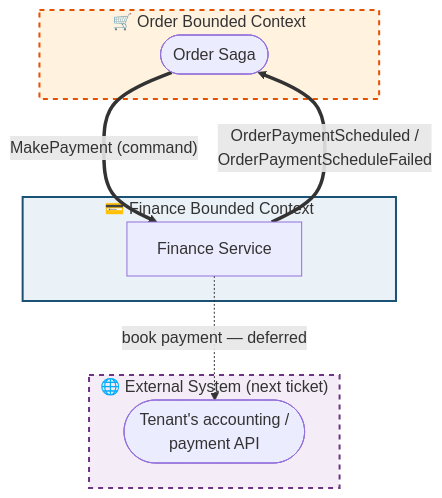
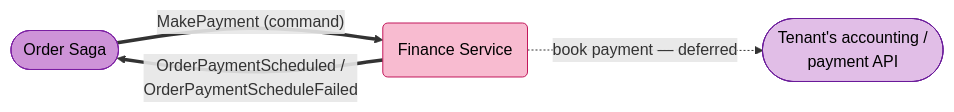
One commit to mnnam1302/EShop changed the first of 13 diagrams in Finance/src/EShop.Finance.API/README.md. Above: the diagram before and after it, drawn with Mermaid. The commit also changed other lines of this file and 4 other files, not shown here.

````diff
--- a/Finance/src/EShop.Finance.API/README.md
+++ b/Finance/src/EShop.Finance.API/README.md
@@ -15,20 +14,14 @@
 ```mermaid
-graph TB
-    subgraph OrderBC["🛒 Order Bounded Context"]
-        ORD(["Order Saga"])
-    end
-    subgraph FinanceBC["💳 Finance Bounded Context"]
-        FIN["Finance Service"]
-    end
-    subgraph External["🌐 External System (next ticket)"]
-        EXT(["Tenant's accounting /<br/>payment API"])
-    end
+graph LR
+    classDef pm   fill:#ce93d8,stroke:#7b1fa2,color:#000
+    classDef agg  fill:#f8bbd0,stroke:#c2185b,color:#000
+    classDef ext  fill:#e1bee7,stroke:#6a1b9a,color:#000
+
+    ORD([Order Saga]):::pm
+    FIN(Finance Service):::agg
+    EXT([Tenant's accounting /<br/>payment API]):::ext
 
     ORD ==>|"MakePayment (command)"| FIN
     FIN ==>|"OrderPaymentScheduled /<br/>OrderPaymentScheduleFailed"| ORD
     FIN -.->|"book payment — deferred"| EXT
-
-    style OrderBC fill:#fff3e0,stroke:#e65100,stroke-width:2px,stroke-dasharray: 5 5
-    style FinanceBC fill:#eaf2f8,stroke:#1a5276,stroke-width:2px
-    style External fill:#f4ecf7,stroke:#6c3483,stroke-width:2px,stroke-dasharray: 5 5
 ```
````
